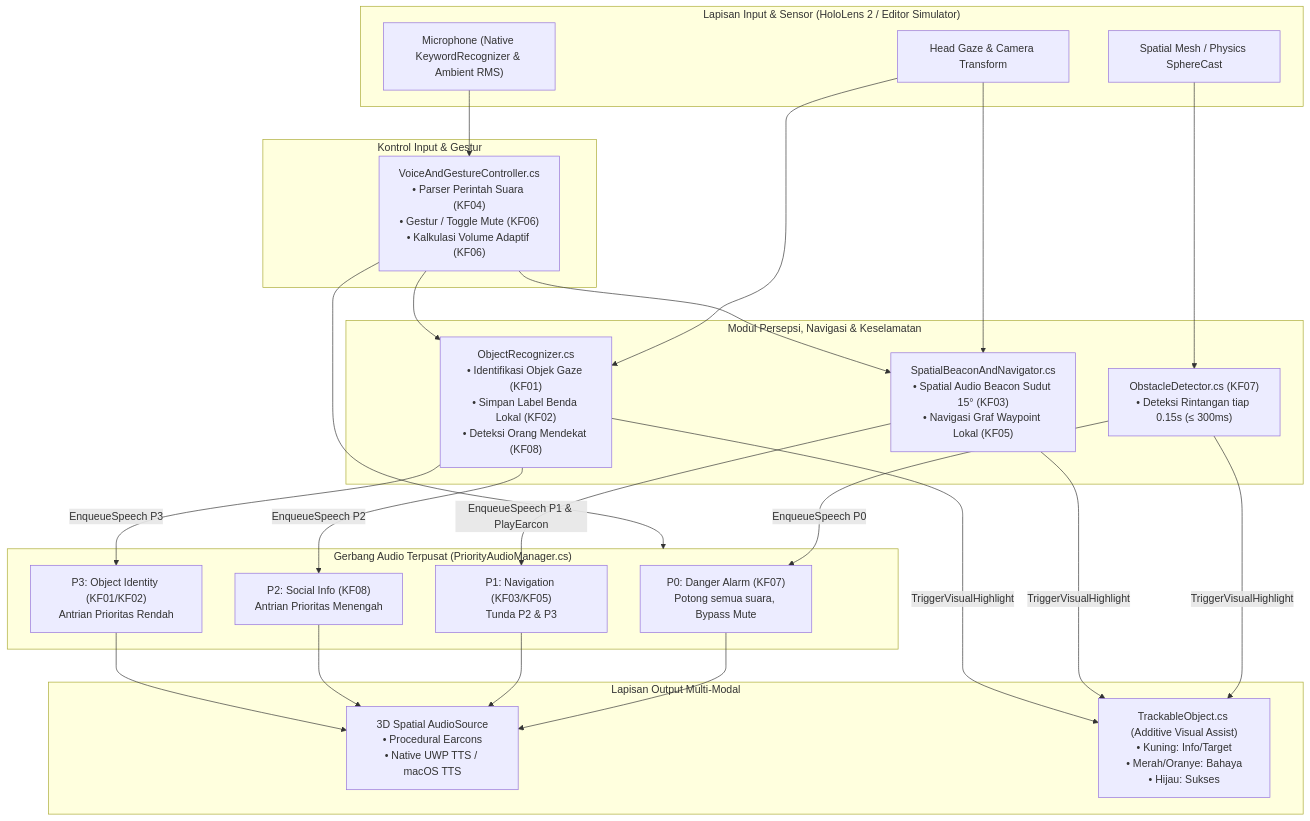
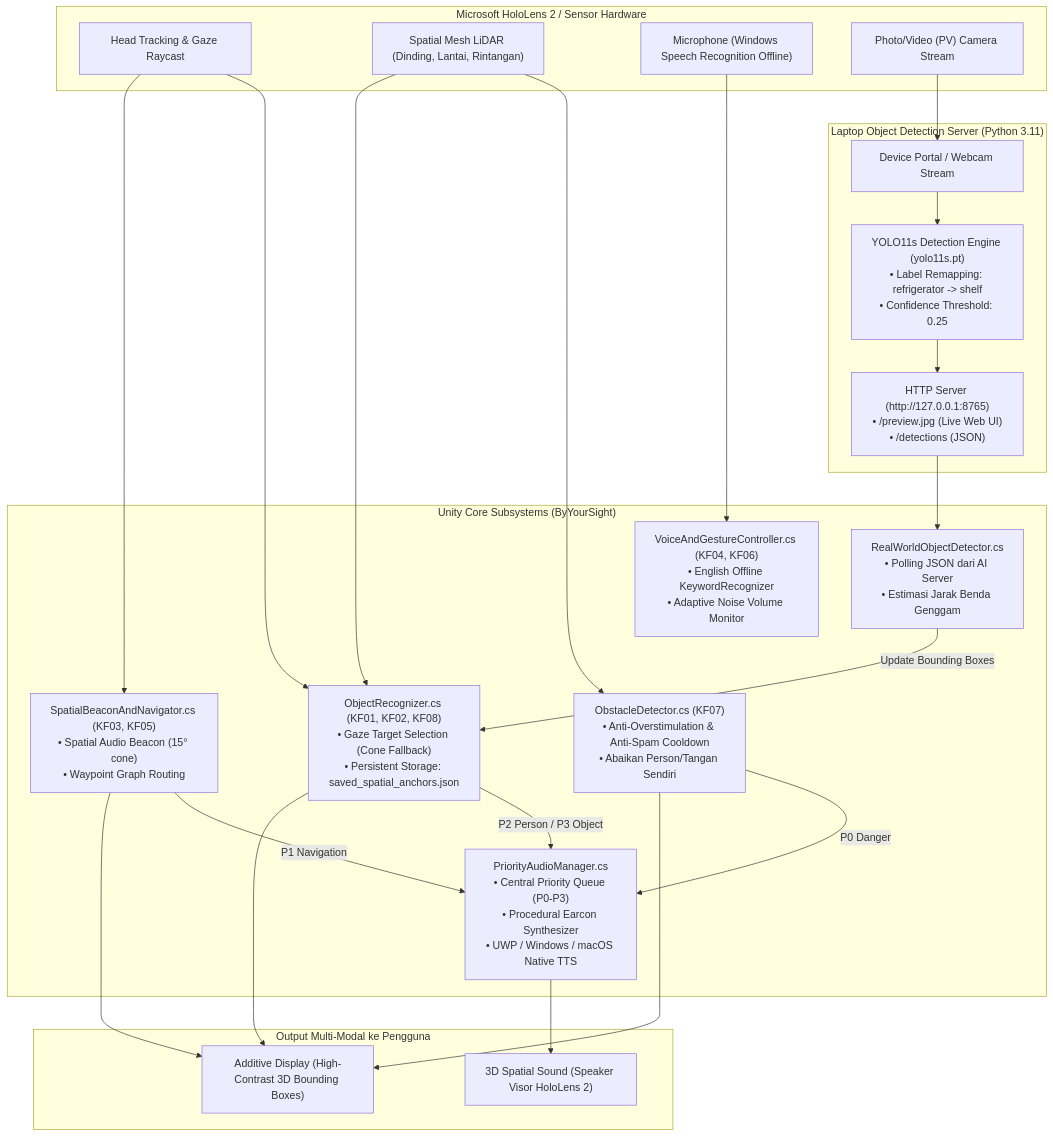
One commit to sammmine/ByYourSight changed the diagram in README.md. Above: the diagram before and after it, drawn with Mermaid. The commit also changed other lines of this file and 9 other files, not shown here.

First line of the commit message:
feat: persistent spatial tagging, YOLO remapping & tuning, and unified documentation

````diff
--- a/README.md
+++ b/README.md
@@ -71,53 +51,42 @@
 ```mermaid
 flowchart TD
-    subgraph InputLayer["Lapisan Input & Sensor (HoloLens 2 / Editor Simulator)"]
-        Gaze["Head Gaze & Camera Transform"]
-        Depth["Spatial Mesh / Physics SphereCast"]
-        Mic["Microphone (Native KeywordRecognizer & Ambient RMS)"]
+    subgraph EdgeDevice["Microsoft HoloLens 2 / Sensor Hardware"]
+        Head["Head Tracking & Gaze Raycast"]
+        Mesh["Spatial Mesh LiDAR (Dinding, Lantai, Rintangan)"]
+        Mic["Microphone (Windows Speech Recognition Offline)"]
+        Cam["Photo/Video (PV) Camera Stream"]
     end
 
-    subgraph ControllerLayer["Kontrol Input & Gestur"]
-        VGC["VoiceAndGestureController.cs\n• Parser Perintah Suara (KF04)\n• Gestur / Toggle Mute (KF06)\n• Kalkulasi Volume Adaptif (KF06)"]
+    subgraph AIServer["Laptop Object Detection Server (Python 3.11)"]
+        PortalReader["Device Portal / Webcam Stream"]
+        YOLO["YOLO11s Detection Engine (yolo11s.pt)\n• Label Remapping: refrigerator -> shelf\n• Confidence Threshold: 0.25"]
+        JSONEndpoint["HTTP Server (http://127.0.0.1:8765)\n• /preview.jpg (Live Web UI)\n• /detections (JSON)"]
     end
 
-    subgraph CoreModules["Modul Persepsi, Navigasi & Keselamatan"]
-        OD["ObstacleDetector.cs (KF07)\n• Deteksi Rintangan tiap 0.15s (≤ 300ms)"]
-        SBN["SpatialBeaconAndNavigator.cs\n• Spatial Audio Beacon Sudut 15° (KF03)\n• Navigasi Graf Waypoint Lokal (KF05)"]
-        OR["ObjectRecognizer.cs\n• Identifikasi Objek Gaze (KF01)\n• Simpan Label Benda Lokal (KF02)\n• Deteksi Orang Mendekat (KF08)"]
+    subgraph UnityCore["Unity Core Subsystems (ByYourSight)"]
+        OD["ObstacleDetector.cs (KF07)\n• Anti-Overstimulation & Anti-Spam Cooldown\n• Abaikan Person/Tangan Sendiri"]
+        OR["ObjectRecognizer.cs (KF01, KF02, KF08)\n• Gaze Target Selection (Cone Fallback)\n• Persistent Storage: saved_spatial_anchors.json"]
+        SBN["SpatialBeaconAndNavigator.cs (KF03, KF05)\n• Spatial Audio Beacon (15° cone)\n• Waypoint Graph Routing"]
+        VGC["VoiceAndGestureController.cs (KF04, KF06)\n• English Offline KeywordRecognizer\n• Adaptive Noise Volume Monitor"]
+        RWOD["RealWorldObjectDetector.cs\n• Polling JSON dari AI Server\n• Estimasi Jarak Benda Genggam"]
+        PAM["PriorityAudioManager.cs\n• Central Priority Queue (P0-P3)\n• Procedural Earcon Synthesizer\n• UWP / Windows / macOS Native TTS"]
     end
 
-    subgraph AudioGate["Gerbang Audio Terpusat (PriorityAudioManager.cs)"]
-        P0["P0: Danger Alarm (KF07)\nPotong semua suara, Bypass Mute"]
-        P1["P1: Navigation (KF03/KF05)\nTunda P2 & P3"]
-        P2["P2: Social Info (KF08)\nAntrian Prioritas Menengah"]
-        P3["P3: Object Identity (KF01/KF02)\nAntrian Prioritas Rendah"]
+    subgraph UserFeedback["Output Multi-Modal ke Pengguna"]
+        Audio["3D Spatial Sound (Speaker Visor HoloLens 2)"]
+        Visual["Additive Display (High-Contrast 3D Bounding Boxes)"]
     end
 
-    subgraph OutputLayer["Lapisan Output Multi-Modal"]
-        SpatialAudio["3D Spatial AudioSource\n• Procedural Earcons\n• Native UWP TTS / macOS TTS"]
-        VisualHighlight["TrackableObject.cs (Additive Visual Assist)\n• Kuning: Info/Target\n• Merah/Oranye: Bahaya\n• Hijau: Sukses"]
-    end
-
-    Gaze --> OR
-    Gaze --> SBN
-    Depth --> OD
+    Cam --> PortalReader --> YOLO --> JSONEndpoint --> RWOD
+    Head --> OR & SBN
+    Mesh --> OD & OR
     Mic --> VGC
 
-    VGC --> OR
-    VGC --> SBN
-    VGC --> AudioGate
+    OD -->|P0 Danger| PAM
+    SBN -->|P1 Navigation| PAM
+    OR -->|P2 Person / P3 Object| PAM
+    RWOD -->|Update Bounding Boxes| OR
 
-    OD -->|EnqueueSpeech P0| P0
-    SBN -->|EnqueueSpeech P1 & PlayEarcon| P1
-    OR -->|EnqueueSpeech P2| P2
-    OR -->|EnqueueSpeech P3| P3
-
-    OD -->|TriggerVisualHighlight| VisualHighlight
-    SBN -->|TriggerVisualHighlight| VisualHighlight
-    OR -->|TriggerVisualHighlight| VisualHighlight
-
-    P0 --> SpatialAudio
-    P1 --> SpatialAudio
-    P2 --> SpatialAudio
-    P3 --> SpatialAudio
+    PAM --> Audio
+    OR & OD & SBN --> Visual
 ```
````
